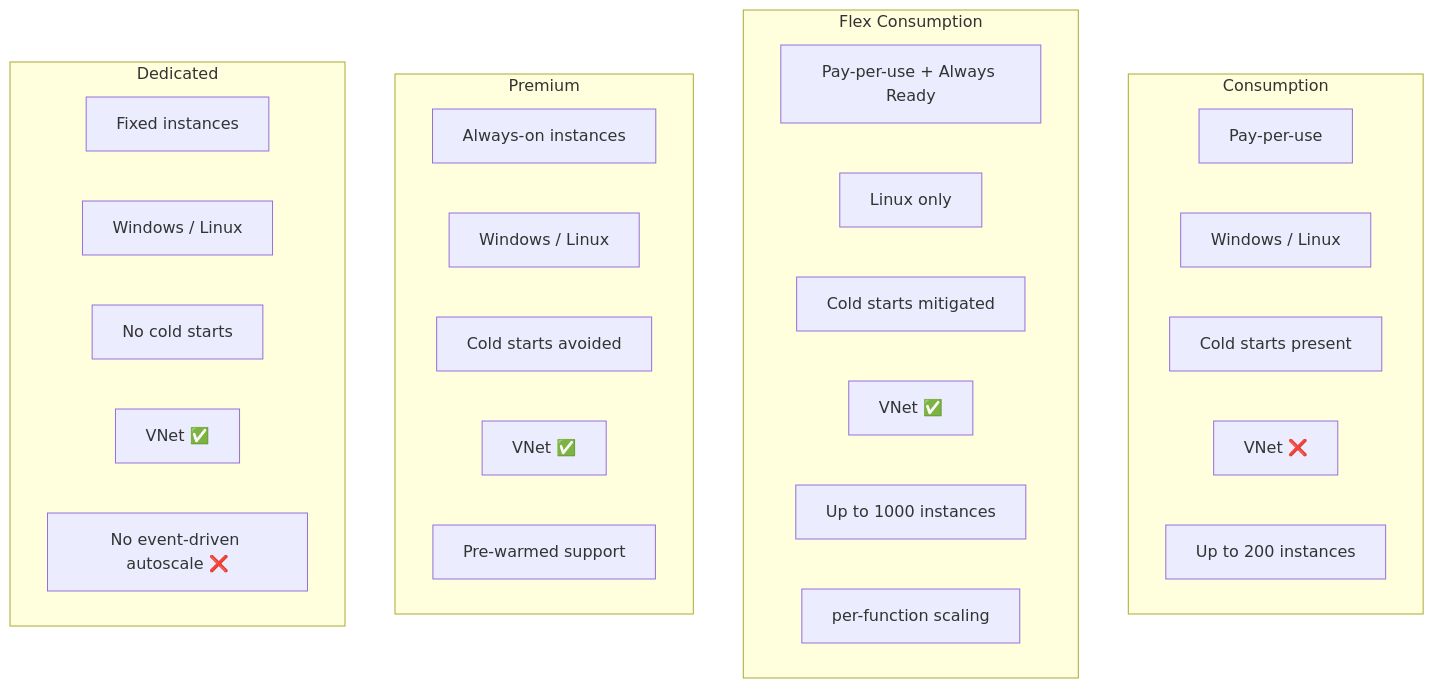
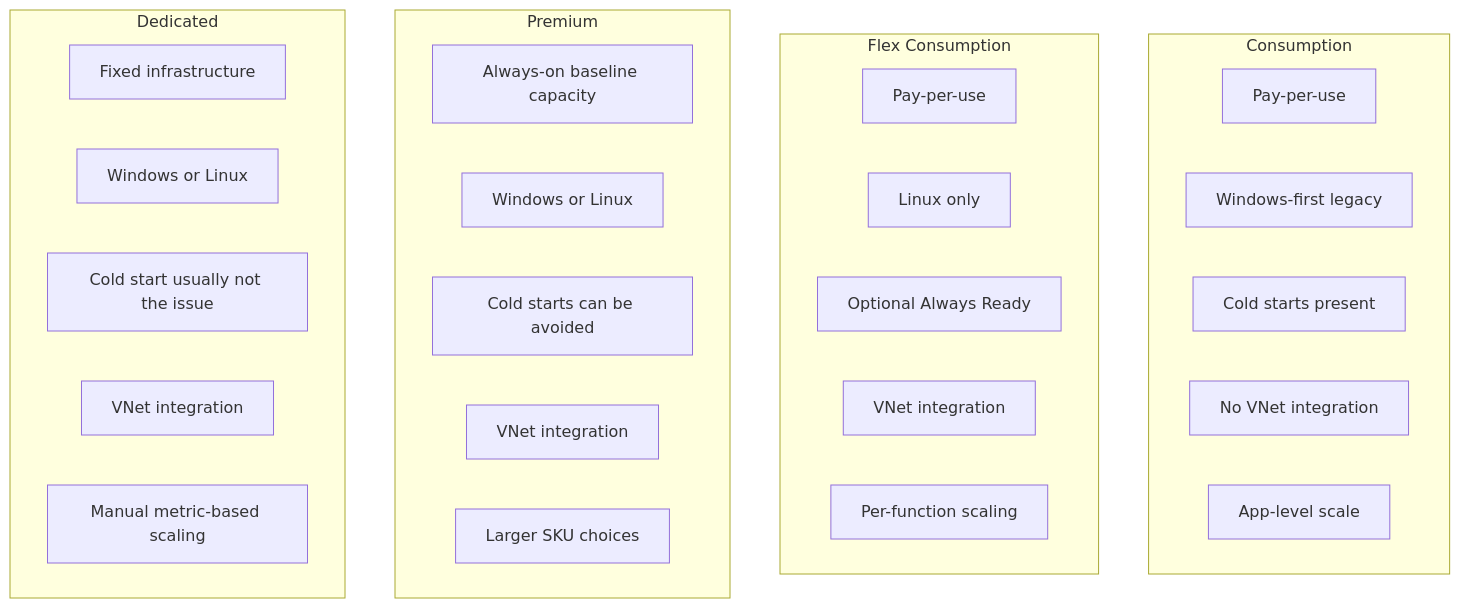
The first of 2 diagrams in azure-functions-101/en/05-choosing-a-plan.md (yeongseon-books/book-content), drawn with Mermaid before and after one commit. The commit also changed other lines of this file and 42 other files, not shown here.

First line of the commit message:
fix: 오라클 리뷰 반영 — Functions 101/Deep Dive 사실관계·톤·다이어그램 정리, App Service 101 ko/en 재구조화

````diff
--- a/azure-functions-101/en/05-choosing-a-plan.md
+++ b/azure-functions-101/en/05-choosing-a-plan.md
@@ -28,32 +28,31 @@
 ```mermaid
 flowchart TB
     subgraph Cons [Consumption]
         C1[Pay-per-use]
-        C2[Windows / Linux]
+        C2[Windows-first legacy]
         C3[Cold starts present]
-        C4[VNet ❌]
-        C5[Up to 200 instances]
+        C4[No VNet integration]
+        C5[App-level scale]
     end
     subgraph Flex [Flex Consumption]
-        F1[Pay-per-use + Always Ready]
+        F1[Pay-per-use]
         F2[Linux only]
-        F3[Cold starts mitigated]
-        F4[VNet ✅]
-        F5[Up to 1000 instances]
-        F6[per-function scaling]
+        F3[Optional Always Ready]
+        F4[VNet integration]
+        F5[Per-function scaling]
     end
     subgraph Prem [Premium]
-        P1[Always-on instances]
-        P2[Windows / Linux]
-        P3[Cold starts avoided]
-        P4[VNet ✅]
-        P5[Pre-warmed support]
+        P1[Always-on baseline capacity]
+        P2[Windows or Linux]
+        P3[Cold starts can be avoided]
+        P4[VNet integration]
+        P5[Larger SKU choices]
     end
     subgraph Ded [Dedicated]
-        D1[Fixed instances]
-        D2[Windows / Linux]
-        D3[No cold starts]
-        D4[VNet ✅]
-        D5[No event-driven autoscale ❌]
+        D1[Fixed infrastructure]
+        D2[Windows or Linux]
+        D3[Cold start usually not the issue]
+        D4[VNet integration]
+        D5[Manual metric-based scaling]
     end
 ```
````
